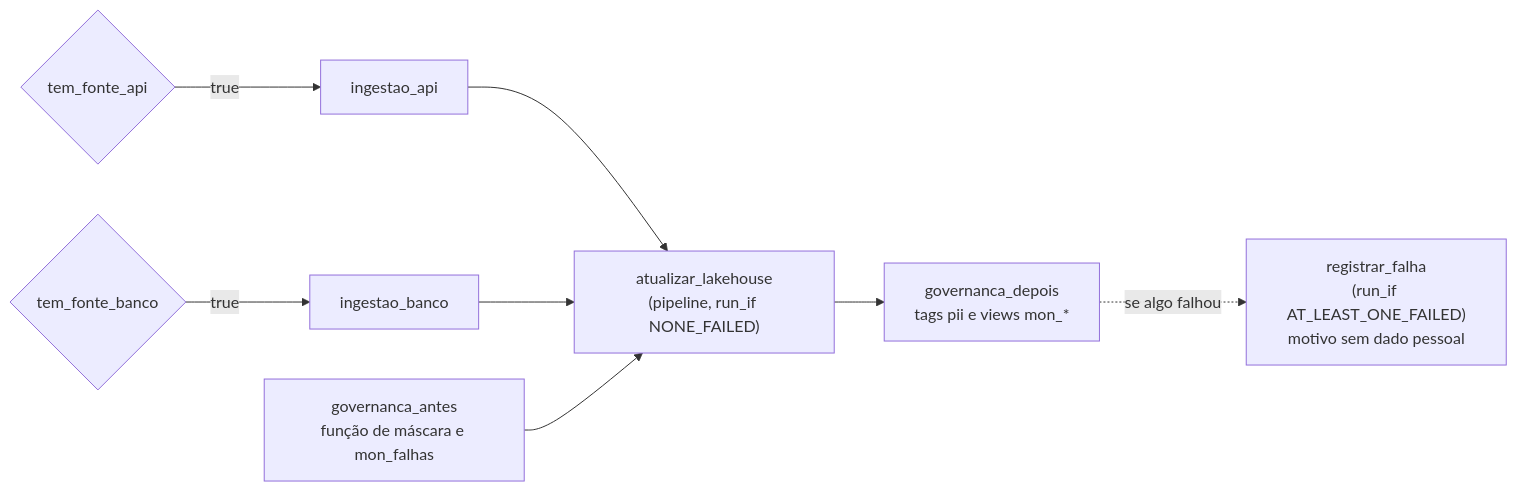
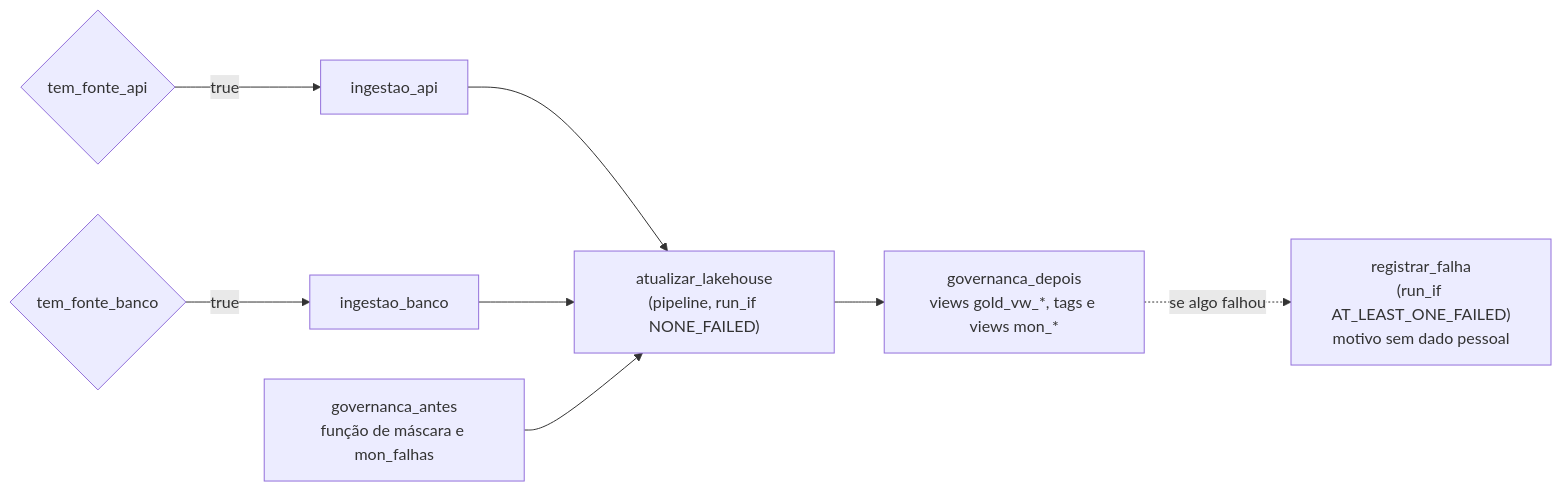
One commit to JoaoGama-dev/databricks-lakehouse-essentials changed the second of 2 diagrams in docs/arquitetura.md. Above: the diagram before and after it, drawn with Mermaid. The commit also changed other lines of this file and 26 other files, not shown here.

First line of the commit message:
Documenta o exemplo enxuto: schemas por camada, silver única e view

````diff
--- a/docs/arquitetura.md
+++ b/docs/arquitetura.md
@@ -60,11 +67,11 @@
 ```mermaid
 flowchart LR
     api_c{"tem_fonte_api"} -- "true" --> api_t["ingestao_api"]
     bco_c{"tem_fonte_banco"} -- "true" --> bco_t["ingestao_banco"]
     gov_a["governanca_antes<br/>função de máscara e mon_falhas"]
     api_t --> lake["atualizar_lakehouse<br/>(pipeline, run_if NONE_FAILED)"]
     bco_t --> lake
     gov_a --> lake
-    lake --> gov_d["governanca_depois<br/>tags pii e views mon_*"]
+    lake --> gov_d["governanca_depois<br/>views gold_vw_*, tags e views mon_*"]
     gov_d -. "se algo falhou" .-> falha["registrar_falha<br/>(run_if AT_LEAST_ONE_FAILED)<br/>motivo sem dado pessoal"]
 ```
````
